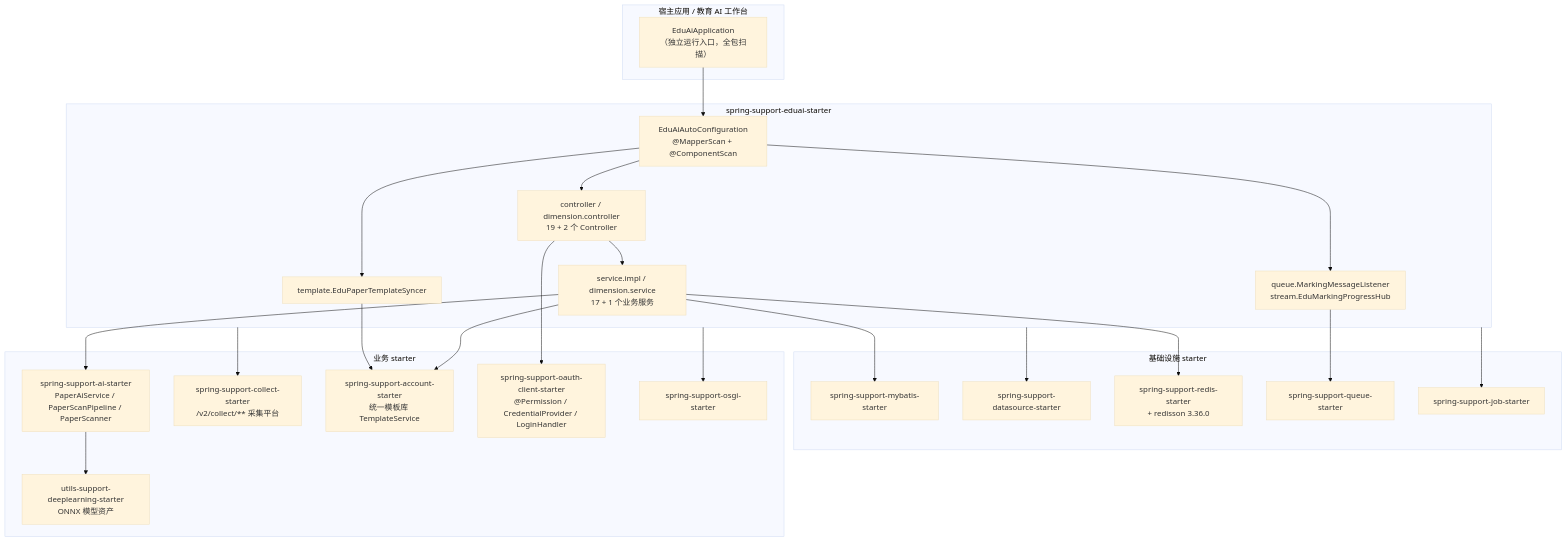
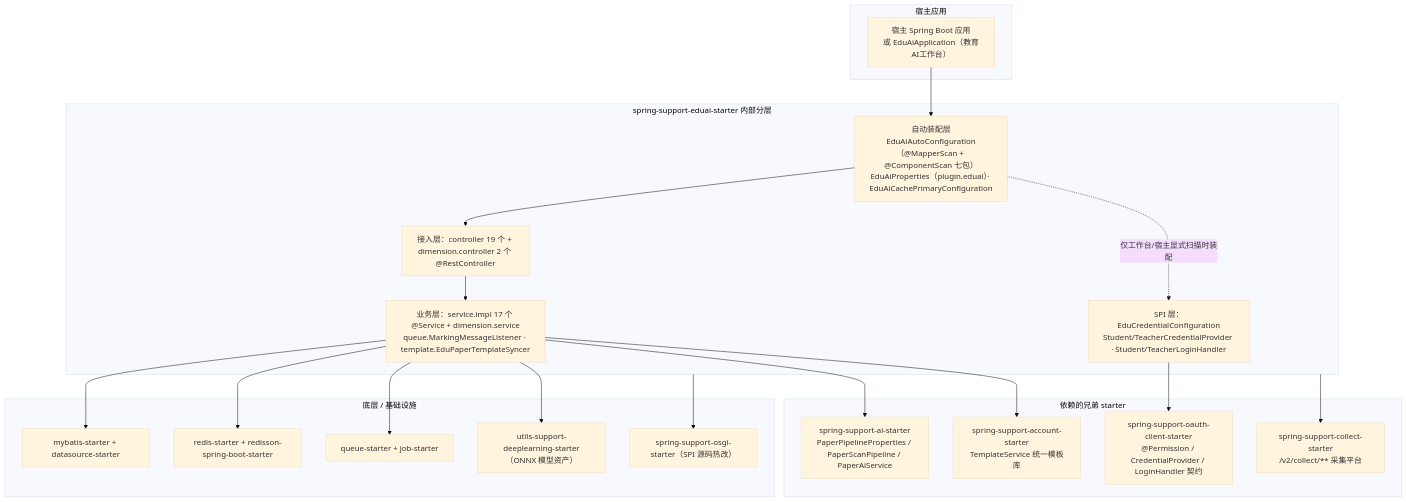
One commit to CHTK001/spring-support-parent-starter changed the first of 2 diagrams in spring-support-eduai-starter/README.md. Above: the diagram before and after it, drawn with Mermaid (base theme). The commit also changed other lines of this file and 54 other files, not shown here.

````diff
--- a/spring-support-eduai-starter/README.md
+++ b/spring-support-eduai-starter/README.md
@@ -13,48 +10,38 @@
 ```mermaid
 flowchart TB
-    subgraph host["宿主应用 / 教育 AI 工作台"]
-        APP["EduAiApplication<br/>（独立运行入口，全包扫描）"]
+    subgraph host["宿主应用"]
+        APP["宿主 Spring Boot 应用<br/>或 EduAiApplication（教育AI工作台）"]
     end
-
-    subgraph eduai["spring-support-eduai-starter"]
-        AC["EduAiAutoConfiguration<br/>@MapperScan + @ComponentScan"]
-        CTRL["controller / dimension.controller<br/>19 + 2 个 Controller"]
-        SVC["service.impl / dimension.service<br/>17 + 1 个业务服务"]
-        MQ["queue.MarkingMessageListener<br/>stream.EduMarkingProgressHub"]
-        TPL["template.EduPaperTemplateSyncer"]
+    subgraph eduai["spring-support-eduai-starter 内部分层"]
+        AC["自动装配层<br/>EduAiAutoConfiguration（@MapperScan + @ComponentScan 七包）<br/>EduAiProperties（plugin.eduai）· EduAiCachePrimaryConfiguration"]
+        WEB["接入层：controller 19 个 + dimension.controller 2 个 @RestController"]
+        SVC["业务层：service.impl 17 个 @Service + dimension.service<br/>queue.MarkingMessageListener · template.EduPaperTemplateSyncer"]
+        SPI["SPI 层：EduCredentialConfiguration<br/>Student/TeacherCredentialProvider · Student/TeacherLoginHandler"]
+        AC --> WEB
+        WEB --> SVC
+        AC -. 仅工作台/宿主显式扫描时装配 .-> SPI
     end
-
-    subgraph infra["基础设施 starter"]
-        MYB["spring-support-mybatis-starter"]
-        DS["spring-support-datasource-starter"]
-        REDIS["spring-support-redis-starter<br/>+ redisson 3.36.0"]
-        QUEUE["spring-support-queue-starter"]
-        JOB["spring-support-job-starter"]
+    subgraph siblings["依赖的兄弟 starter"]
+        AI["spring-support-ai-starter<br/>PaperPipelineProperties / PaperScanPipeline / PaperAiService"]
+        ACCOUNT["spring-support-account-starter<br/>TemplateService 统一模板库"]
+        OAUTH["spring-support-oauth-client-starter<br/>@Permission / CredentialProvider / LoginHandler 契约"]
+        COLLECT["spring-support-collect-starter<br/>/v2/collect/** 采集平台"]
     end
-
-    subgraph biz["业务 starter"]
-        AI["spring-support-ai-starter<br/>PaperAiService / PaperScanPipeline / PaperScanner"]
-        COLLECT["spring-support-collect-starter<br/>/v2/collect/** 采集平台"]
-        ACCOUNT["spring-support-account-starter<br/>统一模板库 TemplateService"]
-        OAUTH["spring-support-oauth-client-starter<br/>@Permission / CredentialProvider / LoginHandler"]
-        OSGI["spring-support-osgi-starter"]
-        DL["utils-support-deeplearning-starter<br/>ONNX 模型资产"]
+    subgraph infra["底层 / 基础设施"]
+        MYB["mybatis-starter + datasource-starter"]
+        REDIS["redis-starter + redisson-spring-boot-starter"]
+        QUEUE["queue-starter + job-starter"]
+        DL["utils-support-deeplearning-starter（ONNX 模型资产）"]
+        OSGI["spring-support-osgi-starter（SPI 源码热改）"]
     end
-
     APP --> AC
-    AC --> CTRL --> SVC
-    AC --> MQ
-    AC --> TPL
+    SVC --> AI
+    SVC --> ACCOUNT
+    SPI --> OAUTH
+    eduai --> COLLECT
     SVC --> MYB
     SVC --> REDIS
-    MQ --> QUEUE
-    SVC --> AI
-    SVC --> ACCOUNT
-    TPL --> ACCOUNT
-    CTRL --> OAUTH
-    eduai --> COLLECT
-    eduai --> JOB
-    eduai --> DS
-    AI --> DL
+    SVC --> QUEUE
+    SVC --> DL
     eduai --> OSGI
 ```
````
